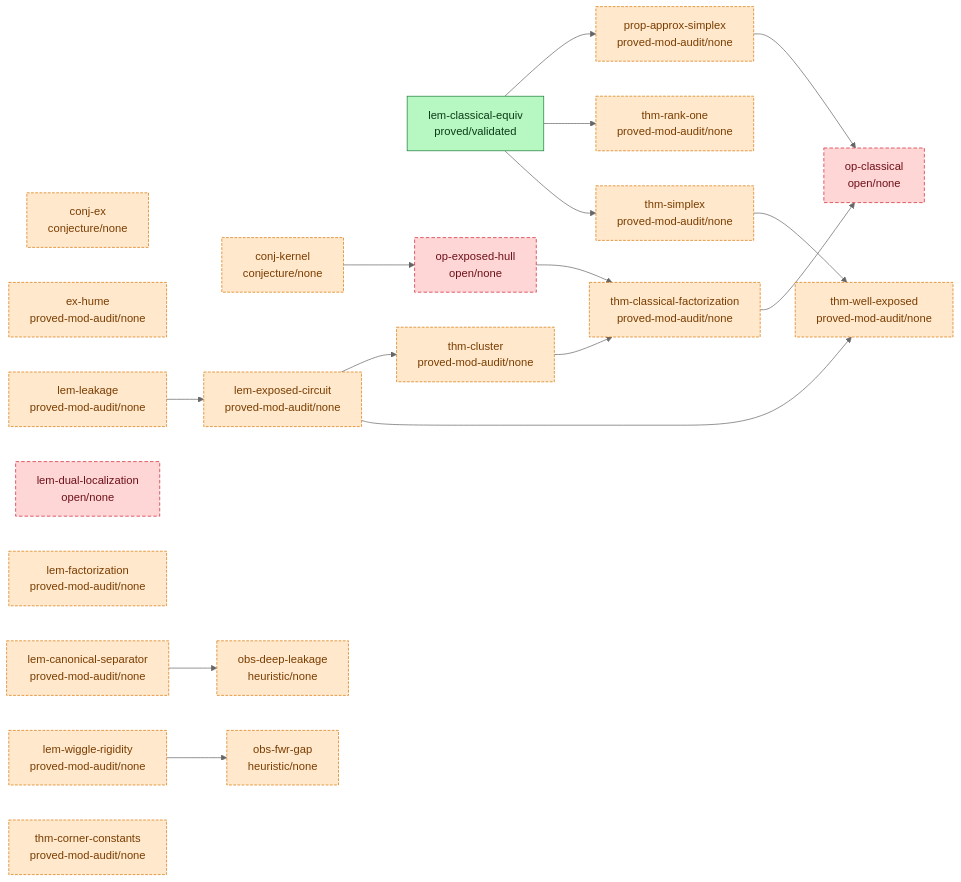
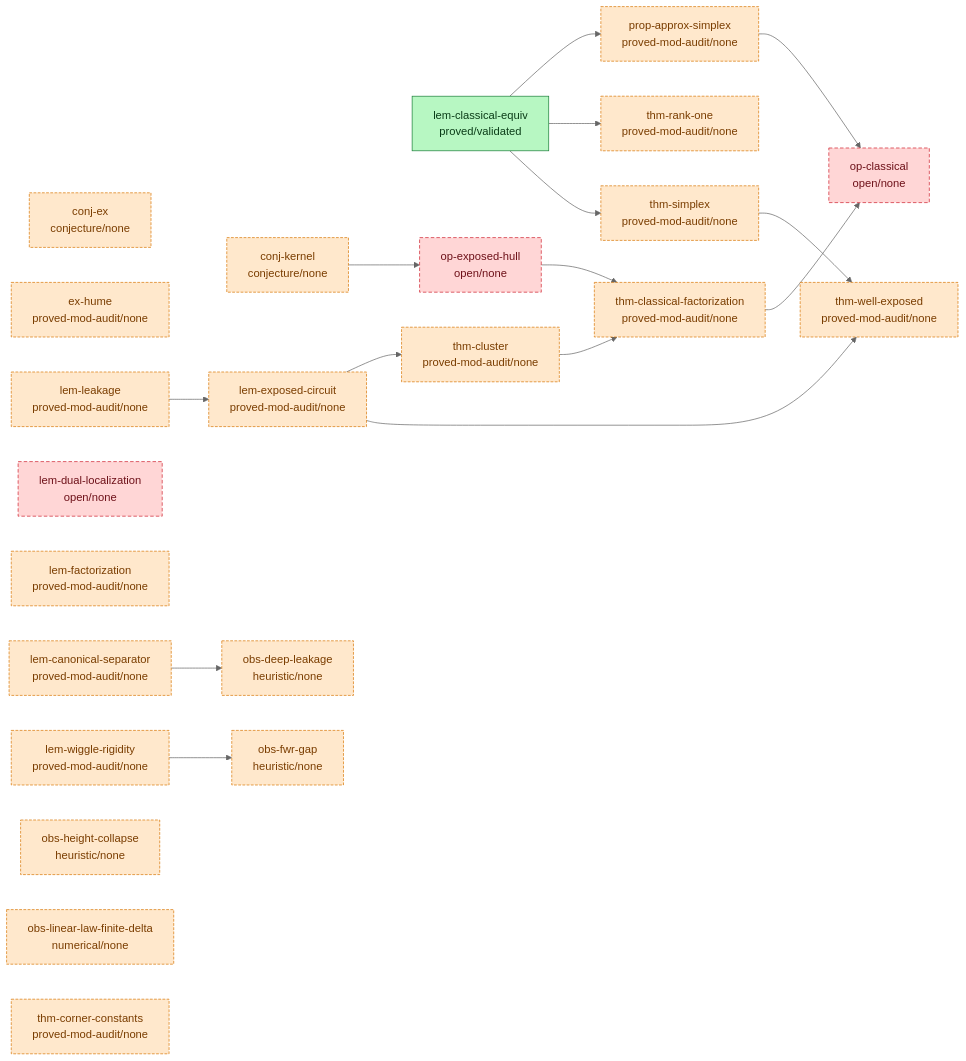
One commit to tobiasosborne/almost-idempotent-stochastic-maps changed the diagram in argument/DAG.md. Above: the diagram before and after it, drawn with Mermaid (neutral theme). The commit also changed other lines of this file and 31 other files, not shown here.

````diff
--- a/argument/DAG.md
+++ b/argument/DAG.md
@@ -6,48 +6,50 @@
 ```mermaid
 graph LR
   classDef validated fill:#b7f7c2,stroke:#1a7f37,color:#0b3d18;
   classDef proved fill:#cfe3ff,stroke:#0969da,color:#0a3069;
   classDef seeded fill:#fff3c4,stroke:#bf8700,color:#5a4500;
   classDef stated fill:#eaecef,stroke:#8b949e,color:#24292f;
   classDef cited fill:#e7d6ff,stroke:#8250df,color:#3b1a73;
   classDef nonrigorous fill:#ffe8cc,stroke:#d97706,color:#7a3d00,stroke-dasharray:4 2;
   classDef open fill:#ffd6d6,stroke:#cf222e,color:#6e1119,stroke-dasharray:5 3;
   conj-ex["conj-ex<br/>conjecture/none"]
   conj-kernel["conj-kernel<br/>conjecture/none"]
   ex-hume["ex-hume<br/>proved-mod-audit/none"]
   lem-canonical-separator["lem-canonical-separator<br/>proved-mod-audit/none"]
   lem-classical-equiv["lem-classical-equiv<br/>proved/validated"]
   lem-dual-localization["lem-dual-localization<br/>open/none"]
   lem-exposed-circuit["lem-exposed-circuit<br/>proved-mod-audit/none"]
   lem-factorization["lem-factorization<br/>proved-mod-audit/none"]
   lem-leakage["lem-leakage<br/>proved-mod-audit/none"]
   lem-wiggle-rigidity["lem-wiggle-rigidity<br/>proved-mod-audit/none"]
   obs-deep-leakage["obs-deep-leakage<br/>heuristic/none"]
   obs-fwr-gap["obs-fwr-gap<br/>heuristic/none"]
+  obs-height-collapse["obs-height-collapse<br/>heuristic/none"]
+  obs-linear-law-finite-delta["obs-linear-law-finite-delta<br/>numerical/none"]
   op-classical["op-classical<br/>open/none"]
   op-exposed-hull["op-exposed-hull<br/>open/none"]
   prop-approx-simplex["prop-approx-simplex<br/>proved-mod-audit/none"]
   thm-classical-factorization["thm-classical-factorization<br/>proved-mod-audit/none"]
   thm-cluster["thm-cluster<br/>proved-mod-audit/none"]
   thm-corner-constants["thm-corner-constants<br/>proved-mod-audit/none"]
   thm-rank-one["thm-rank-one<br/>proved-mod-audit/none"]
   thm-simplex["thm-simplex<br/>proved-mod-audit/none"]
   thm-well-exposed["thm-well-exposed<br/>proved-mod-audit/none"]
   conj-kernel --> op-exposed-hull
   lem-canonical-separator --> obs-deep-leakage
   lem-classical-equiv --> prop-approx-simplex
   lem-classical-equiv --> thm-rank-one
   lem-classical-equiv --> thm-simplex
   lem-exposed-circuit --> thm-cluster
   lem-exposed-circuit --> thm-well-exposed
   lem-leakage --> lem-exposed-circuit
   lem-wiggle-rigidity --> obs-fwr-gap
   op-exposed-hull --> thm-classical-factorization
   prop-approx-simplex --> op-classical
   thm-classical-factorization --> op-classical
   thm-cluster --> thm-classical-factorization
   thm-simplex --> thm-well-exposed
   class lem-classical-equiv validated;
-  class conj-ex,conj-kernel,ex-hume,lem-canonical-separator,lem-exposed-circuit,lem-factorization,lem-leakage,lem-wiggle-rigidity,obs-deep-leakage,obs-fwr-gap,prop-approx-simplex,thm-classical-factorization,thm-cluster,thm-corner-constants,thm-rank-one,thm-simplex,thm-well-exposed nonrigorous;
+  class conj-ex,conj-kernel,ex-hume,lem-canonical-separator,lem-exposed-circuit,lem-factorization,lem-leakage,lem-wiggle-rigidity,obs-deep-leakage,obs-fwr-gap,obs-height-collapse,obs-linear-law-finite-delta,prop-approx-simplex,thm-classical-factorization,thm-cluster,thm-corner-constants,thm-rank-one,thm-simplex,thm-well-exposed nonrigorous;
   class lem-dual-localization,op-classical,op-exposed-hull open;
 ```
````
